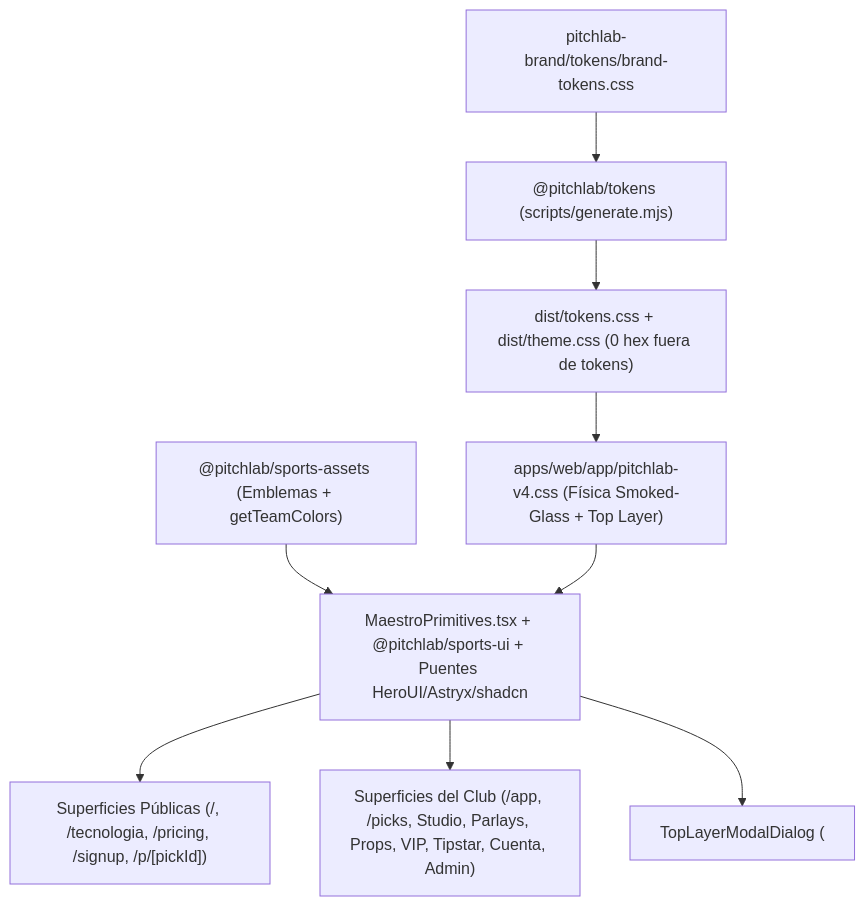
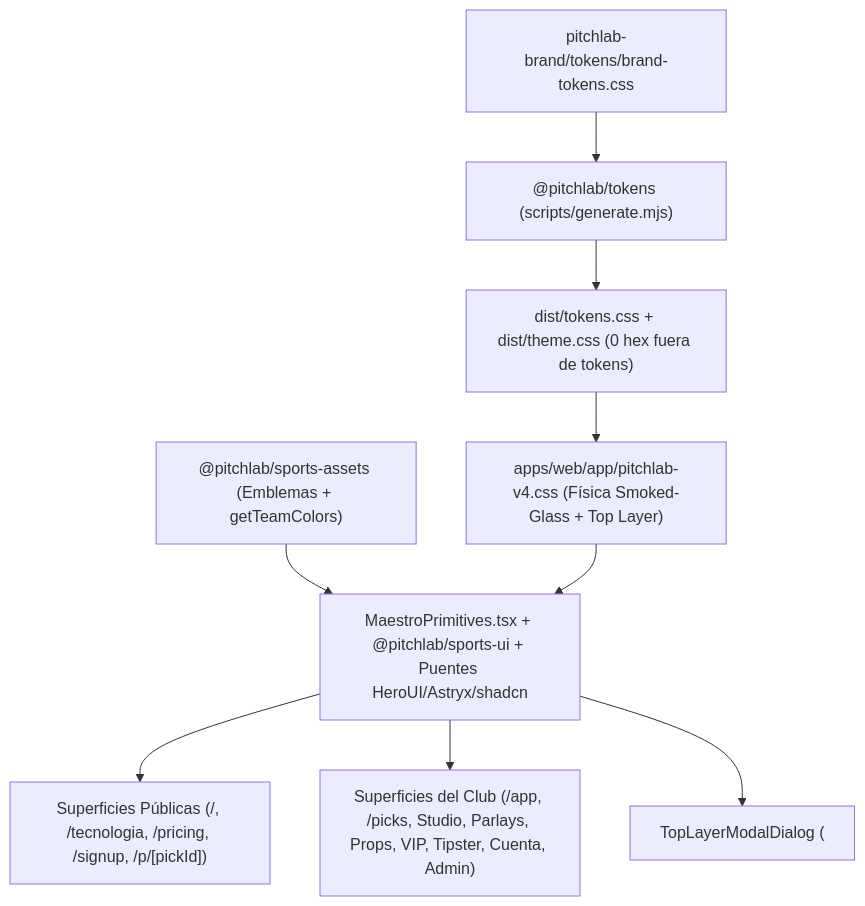
The first of 2 diagrams in docs/product/VISION_REESTRUCTURA_CLAUDE_DS_UX.md (jairbonillacan-cmd/pitch), drawn with Mermaid before and after one commit. The commit also changed other lines of this file and 134 other files, not shown here.

First line of the commit message:
refactor: cambiar «tipstar» por «tipster» en todo el proyecto

````diff
--- a/docs/product/VISION_REESTRUCTURA_CLAUDE_DS_UX.md
+++ b/docs/product/VISION_REESTRUCTURA_CLAUDE_DS_UX.md
@@ -30,11 +30,11 @@
 ```mermaid
 flowchart TB
     Brand["pitchlab-brand/tokens/brand-tokens.css"] --> Tokens["@pitchlab/tokens (scripts/generate.mjs)"]
     Tokens --> ThemeCSS["dist/tokens.css + dist/theme.css (0 hex fuera de tokens)"]
     ThemeCSS --> Physics["apps/web/app/pitchlab-v4.css (Física Smoked-Glass + Top Layer)"]
     SportsAssets["@pitchlab/sports-assets (Emblemas + getTeamColors)"] --> Primitives
     Physics --> Primitives["MaestroPrimitives.tsx + @pitchlab/sports-ui + Puentes HeroUI/Astryx/shadcn"]
     Primitives --> PublicSurfaces["Superficies Públicas (/, /tecnologia, /pricing, /signup, /p/[pickId])"]
-    Primitives --> ClubSurfaces["Superficies del Club (/app, /picks, Studio, Parlays, Props, VIP, Tipstar, Cuenta, Admin)"]
+    Primitives --> ClubSurfaces["Superficies del Club (/app, /picks, Studio, Parlays, Props, VIP, Tipster, Cuenta, Admin)"]
     Primitives --> Overlays["TopLayerModalDialog (<dialog> nativo: Composer, Share 4:5 y 9:16, Alertas, Cmd+K, PIN)"]
 ```
````
